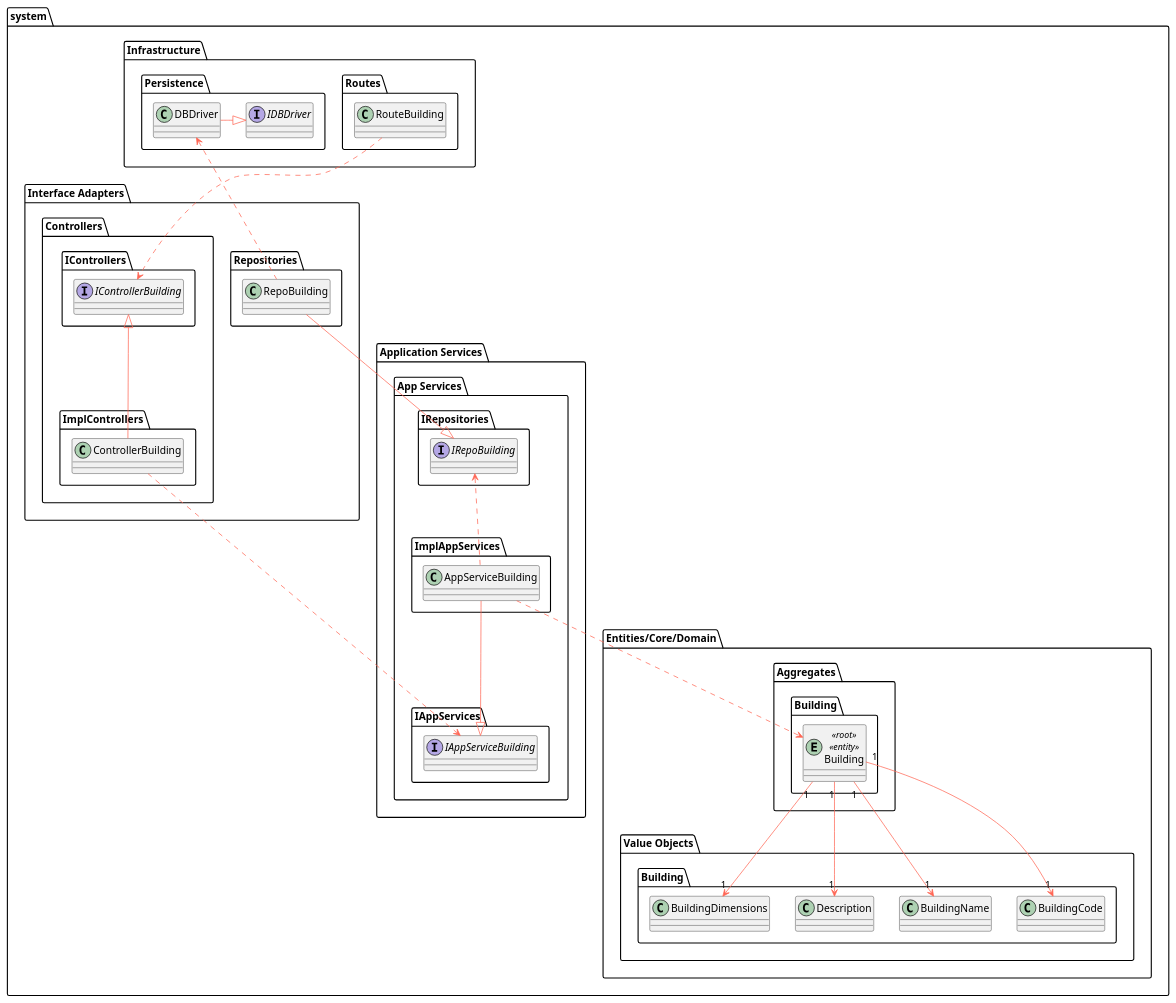
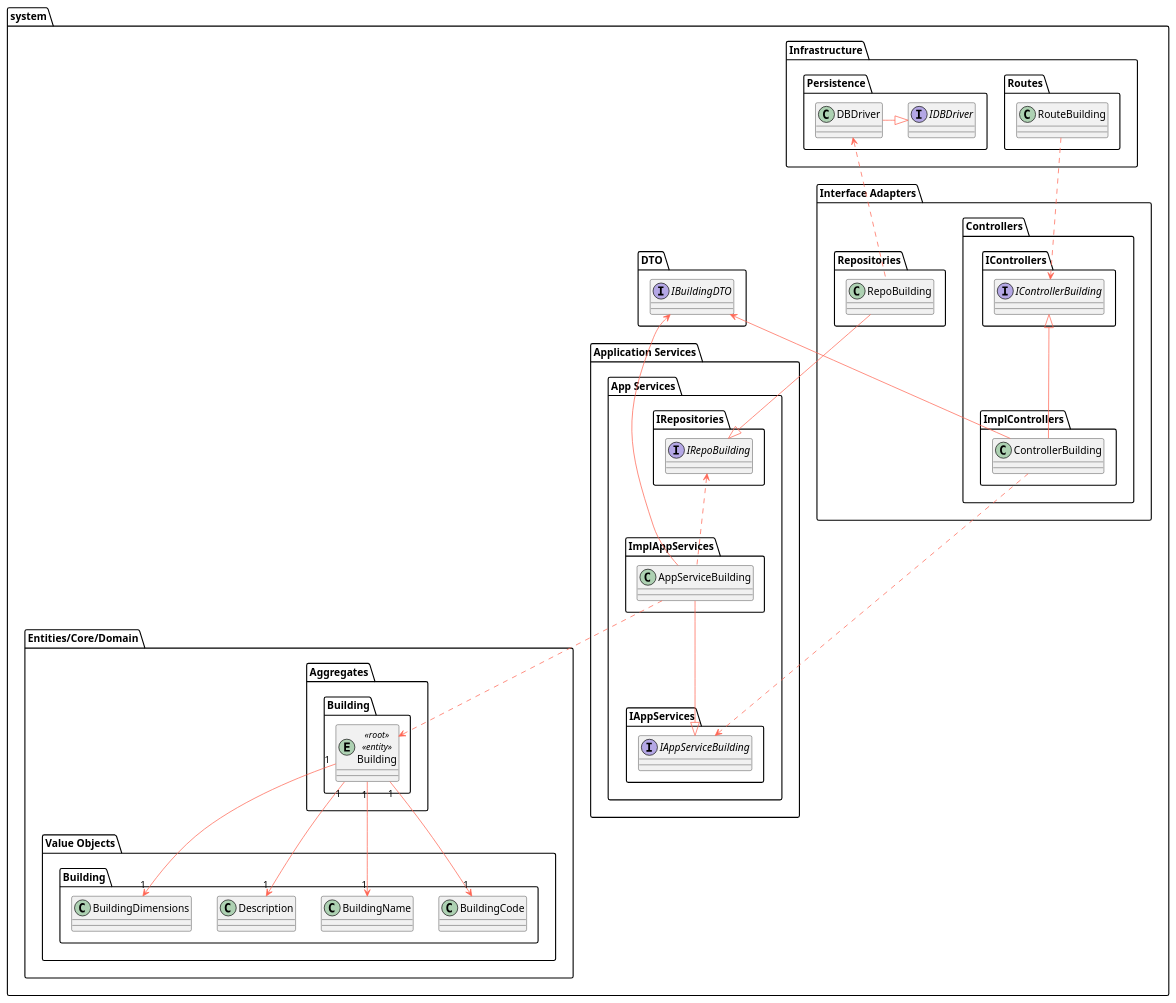
The diagram in docs/us160/level3/class-diagram.puml (Departamento-de-Engenharia-Informatica/lapr5-23-24-g19), drawn with PlantUML before and after one commit. The commit also changed 13 other files, not shown here.

```diff
--- a/docs/us160/level3/class-diagram.puml
+++ b/docs/us160/level3/class-diagram.puml
@@ -1,102 +1,107 @@
 @startuml
 
 skinparam component {
     FontSize 16
     BackgroundColor<<Apache>> LightCoral
     BorderColor<<Apache>> #FF6655
     FontName Courier
     BorderColor black
     BackgroundColor DeepSkyBlue
     ArrowFontName Impact
     ArrowColor #FF6655
 }
 
 package system {
     package "Infrastructure" {
         package "Routes" {
             class RouteBuilding
         }
 
         package "Persistence" {
             interface IDBDriver
             class DBDriver
         }
 
         DBDriver -right-|> IDBDriver
     }
 
     package "Interface Adapters" {
         package "Controllers" {
             package "IControllers" {
                 interface IControllerBuilding
             }
 
             package "ImplControllers" {
                 class ControllerBuilding
             }
             ControllerBuilding -up-|> IControllerBuilding
         }
 
         package "Repositories" {
             class RepoBuilding
         }
 
         RepoBuilding .up.> DBDriver
 
         RouteBuilding ..> IControllerBuilding
     }
 
     package "Application Services" {
         package "App Services" {
             package "IAppServices" {
                 interface IAppServiceBuilding
             }
 
             package "ImplAppServices" {
                 class AppServiceBuilding
             }
 
             AppServiceBuilding --|> IAppServiceBuilding
 
             package "IRepositories" {
                 interface IRepoBuilding
             }
 
             RepoBuilding --|> IRepoBuilding
         }
 
         ControllerBuilding ..> IAppServiceBuilding
 
         AppServiceBuilding .up.> IRepoBuilding
     }
 
     package "Entities/Core/Domain" {
         package "Aggregates" {
             package "Building" as a_building {
                 entity Building <<root>> <<entity>>
             }
 
         }
 
 
         package "Value Objects" {
                 package "Building" as vo_building {
                 class BuildingCode
                 class BuildingName
                 class Description
                 class BuildingDimensions
             }
         }
         Building "1" --> "1" BuildingCode
         Building "1" --> "1" BuildingName
         Building "1" --> "1" Description
         Building "1" --> "1" BuildingDimensions
 
         AppServiceBuilding ..> Building
 
-        'package "Services" {
-        '}
+
     }
+    package "DTO" {
+        interface IBuildingDTO
+
+    }
+    AppServiceBuilding -up-> IBuildingDTO
+    ControllerBuilding -up-> IBuildingDTO
 }
 
 @enduml
```
